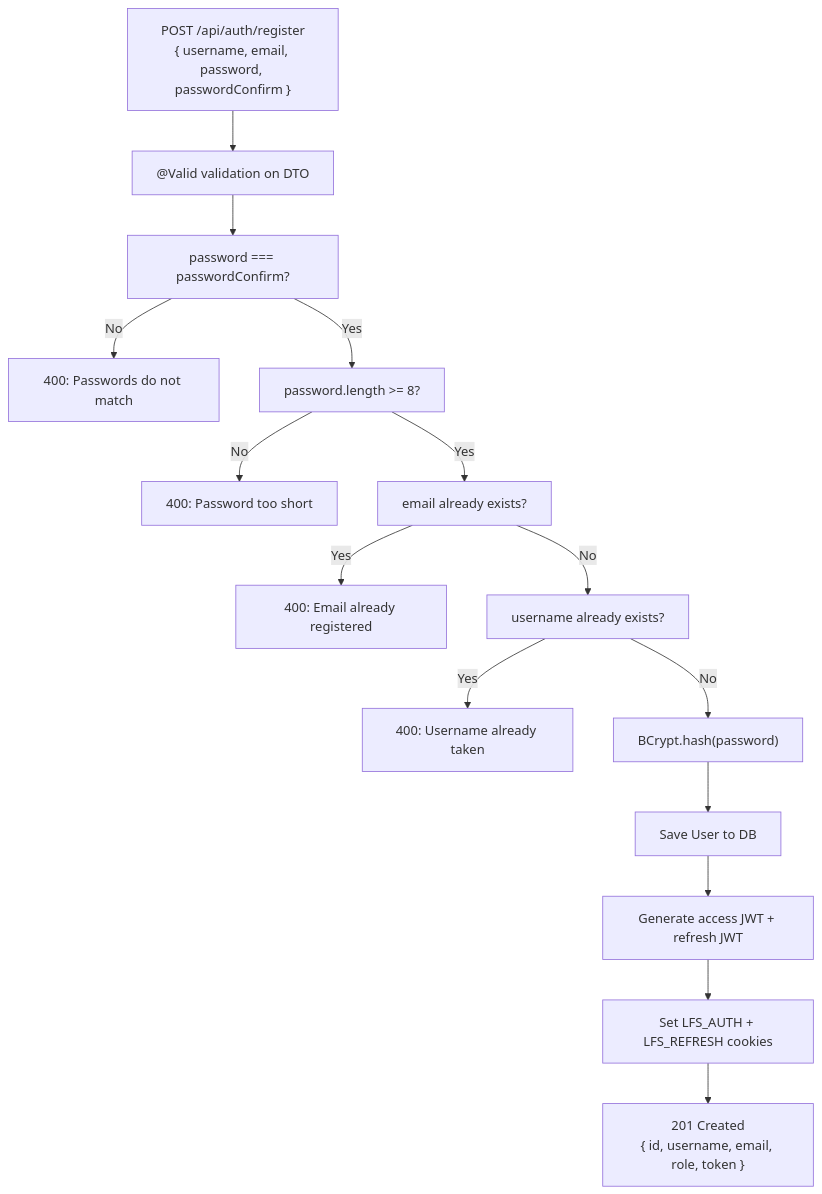
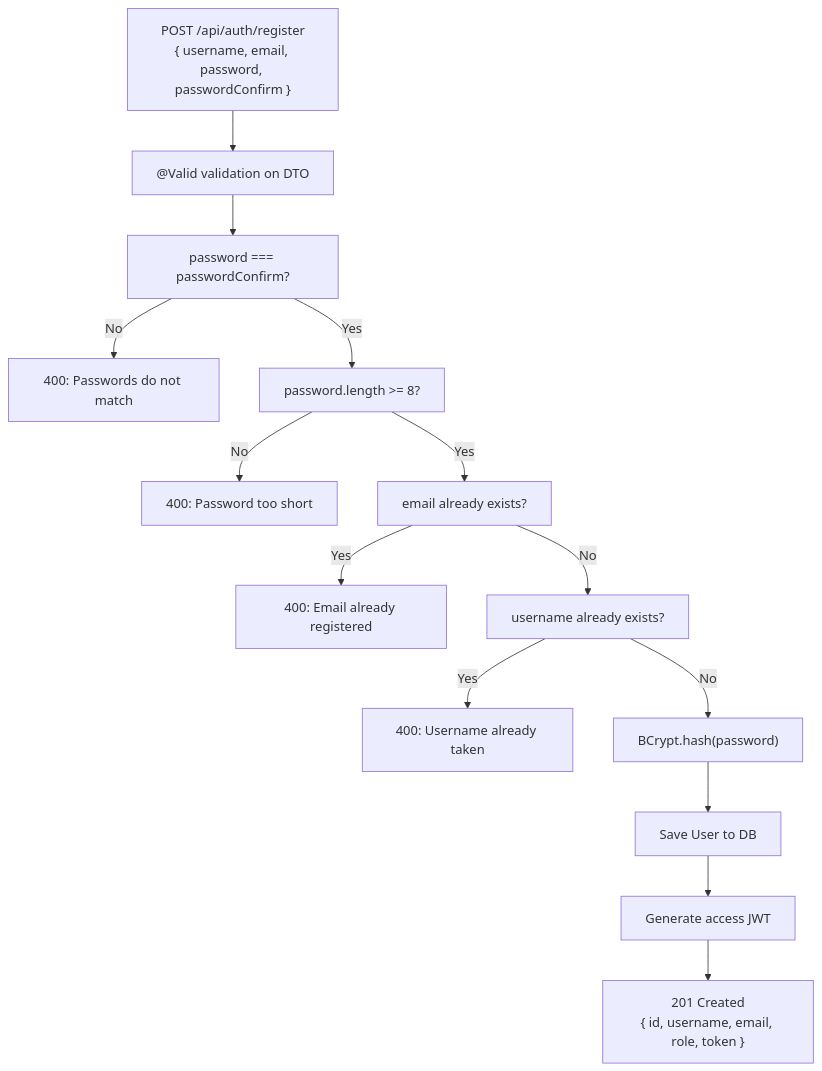
One commit to Ram-ambati/LFS-App changed the fourth of 5 diagrams in docs/FEATURE_WALKTHROUGHS.md. Above: the diagram before and after it, drawn with Mermaid. The commit also changed other lines of this file and 30 other files, not shown here.

````diff
--- a/docs/FEATURE_WALKTHROUGHS.md
+++ b/docs/FEATURE_WALKTHROUGHS.md
@@ -253,17 +253,16 @@
 ```mermaid
 flowchart TD
     A["POST /api/auth/register\n{ username, email, password, passwordConfirm }"] --> B["@Valid validation on DTO"]
     B --> C["password === passwordConfirm?"]
     C -->|"No"| D["400: Passwords do not match"]
     C -->|"Yes"| E["password.length >= 8?"]
     E -->|"No"| F["400: Password too short"]
     E -->|"Yes"| G["email already exists?"]
     G -->|"Yes"| H["400: Email already registered"]
     G -->|"No"| I["username already exists?"]
     I -->|"Yes"| J["400: Username already taken"]
     I -->|"No"| K["BCrypt.hash(password)"]
     K --> L["Save User to DB"]
-    L --> M["Generate access JWT + refresh JWT"]
-    M --> N["Set LFS_AUTH + LFS_REFRESH cookies"]
-    N --> O["201 Created\n{ id, username, email, role, token }"]
+    L --> M["Generate access JWT"]
+    M --> O["201 Created\n{ id, username, email, role, token }"]
 ```
````
